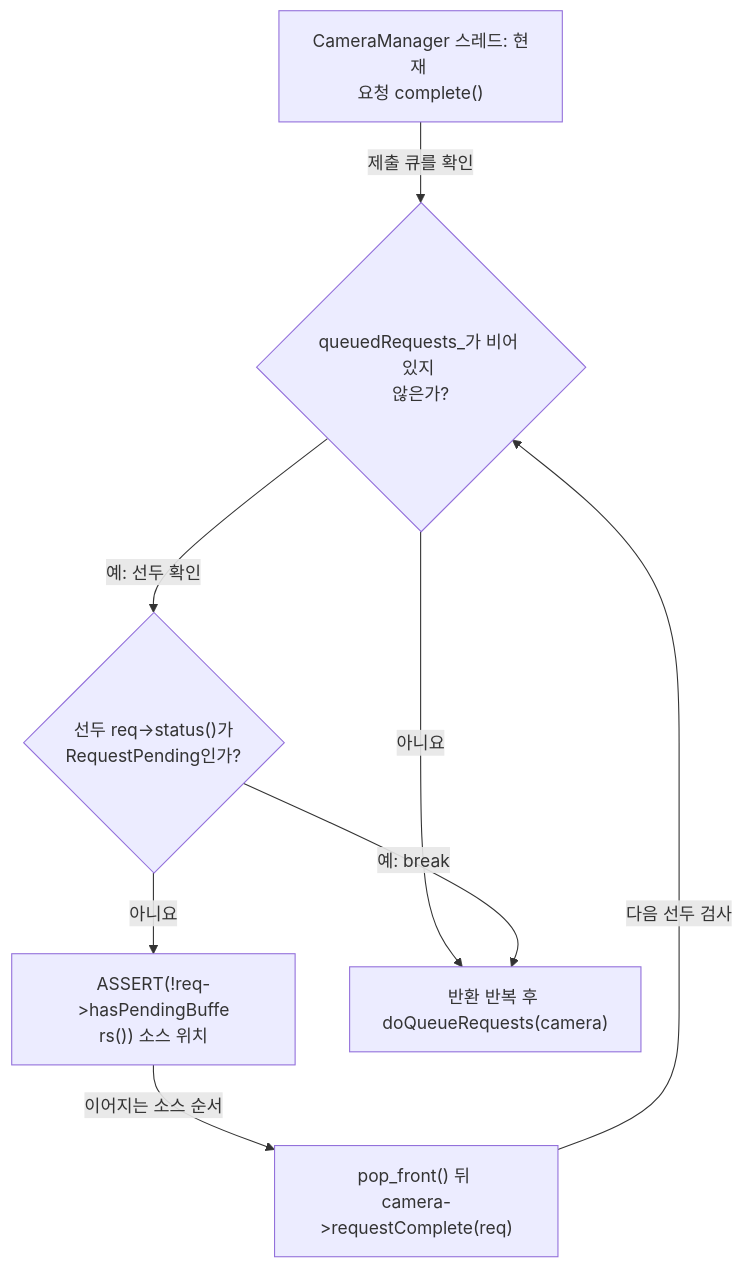
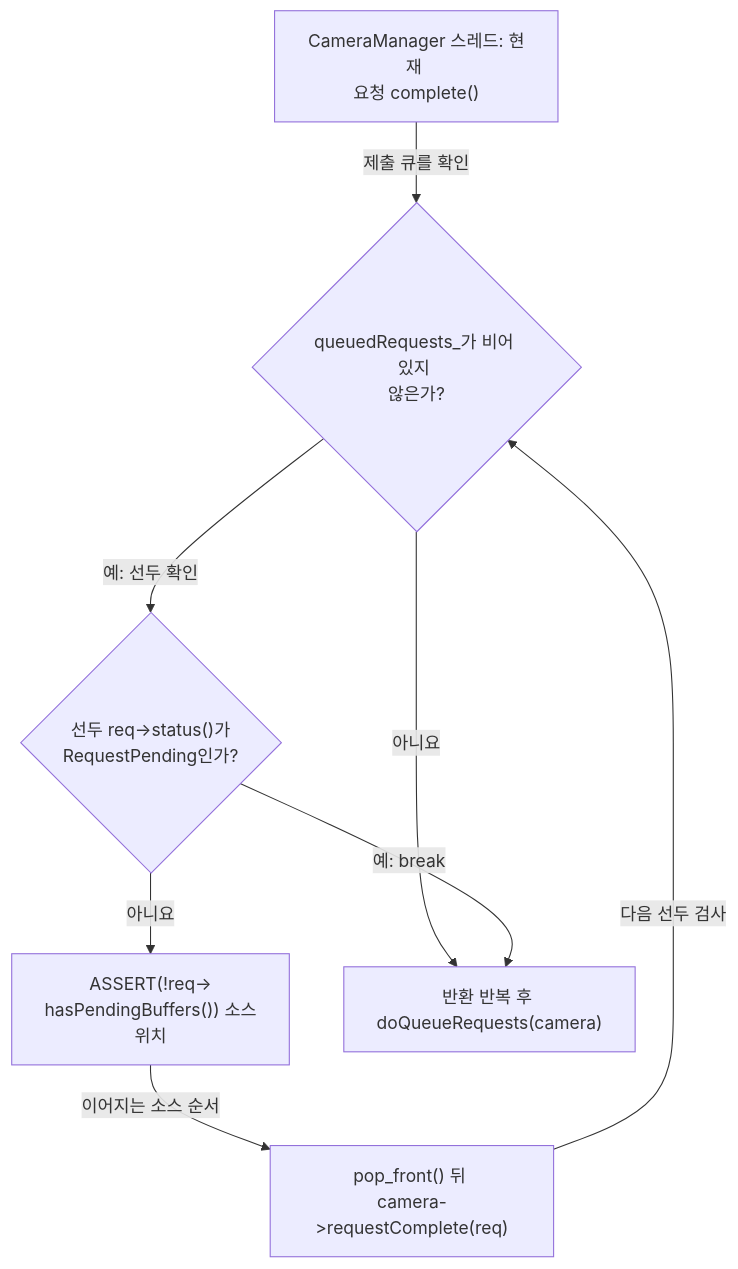
One commit to TTolsun/libcamera-sdd changed the tenth of 10 diagrams in docs/request-diagnosis.md. Above: the diagram before and after it, drawn with Mermaid. The commit also changed other lines of this file and 95 other files, not shown here.

````diff
--- a/docs/request-diagnosis.md
+++ b/docs/request-diagnosis.md
@@ -459,17 +460,17 @@
 ```mermaid
 flowchart TB
-%% sdd:translations {"ASSERT(!req-&gt;hasPendingBuffe<br/>rs()) 소스 위치": "Source location of <br/>ASSERT(!req-&gt;hasPendingBuffe<br/>rs())", "CameraManager 스레드: 현재 <br/>요청 complete()": "CameraManager thread: <br/>complete() current request", "pop_front() 뒤 <br/>camera-&gt;requestComplete(req)": "pop_front() then <br/>camera-&gt;requestComplete(req)", "queuedRequests_가 비어 있지 <br/>않은가?": "Is queuedRequests_ nonempty?", "다음 선두 검사": "Inspect next front", "반환 반복 후 <br/>doQueueRequests(camera)": "doQueueRequests(camera) <br/>after return loop", "선두 req-&gt;status()가 <br/>RequestPending인가?": "Is front req-&gt;status() <br/>RequestPending?", "아니요": "No", "예: break": "Yes: break", "예: 선두 확인": "Yes: inspect front", "이어지는 소스 순서": "Following source order", "제출 큐를 확인": "Inspect submission queue"}
-  v_entry["CameraManager 스레드: 현재 <br/>요청 complete()"]
-  v_queue{"queuedRequests_가 비어 있지 <br/>않은가?"}
-  v_pending{"선두 req-&gt;status()가 <br/>RequestPending인가?"}
-  v_assertion["ASSERT(!req-&gt;hasPendingBuffe<br/>rs()) 소스 위치"]
-  v_notify["pop_front() 뒤 <br/>camera-&gt;requestComplete(req)"]
-  v_end["반환 반복 후 <br/>doQueueRequests(camera)"]
+%% sdd:translations {"ASSERT#40;#33;req-#62;<br/>hasPendingBuffers#40;#41;#41; 소스 <br/>위치": "Source location of <br/>ASSERT#40;#33;req-#62;<br/>hasPendingBuffers#40;#41;#41;", "CameraManager 스레드: 현재 <br/>요청 complete#40;#41;": "CameraManager thread: <br/>complete#40;#41; current request", "pop#95;front#40;#41; 뒤 <br/>camera-#62;requestComplete#40;req#41;": "pop#95;front#40;#41; then <br/>camera-#62;requestComplete#40;req#41;", "queuedRequests#95;가 비어 있지 <br/>않은가?": "Is queuedRequests#95; nonempty?", "다음 선두 검사": "Inspect next front", "반환 반복 후 <br/>doQueueRequests#40;camera#41;": "doQueueRequests#40;camera#41; <br/>after return loop", "선두 req-#62;status#40;#41;가 <br/>RequestPending인가?": "Is front req-#62;status#40;#41; <br/>RequestPending?", "아니요": "No", "예: break": "Yes: break", "예: 선두 확인": "Yes: inspect front", "이어지는 소스 순서": "Following source order", "제출 큐를 확인": "Inspect submission queue"}
+  v_entry["CameraManager 스레드: 현재 <br/>요청 complete#40;#41;"]
+  v_queue{"queuedRequests#95;가 비어 있지 <br/>않은가?"}
+  v_pending{"선두 req-#62;status#40;#41;가 <br/>RequestPending인가?"}
+  v_assertion["ASSERT#40;#33;req-#62;<br/>hasPendingBuffers#40;#41;#41; 소스 <br/>위치"]
+  v_notify["pop#95;front#40;#41; 뒤 <br/>camera-#62;requestComplete#40;req#41;"]
+  v_end["반환 반복 후 <br/>doQueueRequests#40;camera#41;"]
   v_entry -->|"제출 큐를 확인"| v_queue
   v_queue -->|"예: 선두 확인"| v_pending
   v_queue -->|"아니요"| v_end
   v_pending -->|"예: break"| v_end
   v_pending -->|"아니요"| v_assertion
   v_assertion -->|"이어지는 소스 순서"| v_notify
   v_notify -->|"다음 선두 검사"| v_queue
 ```
````
